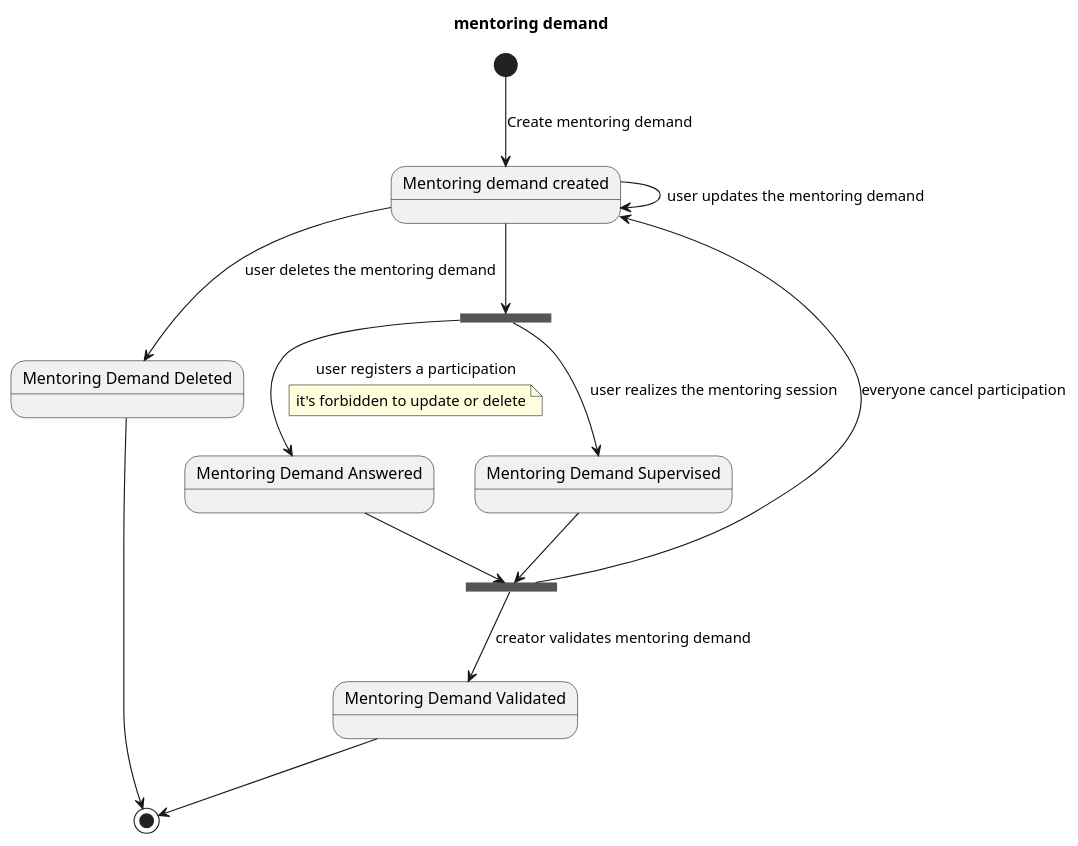
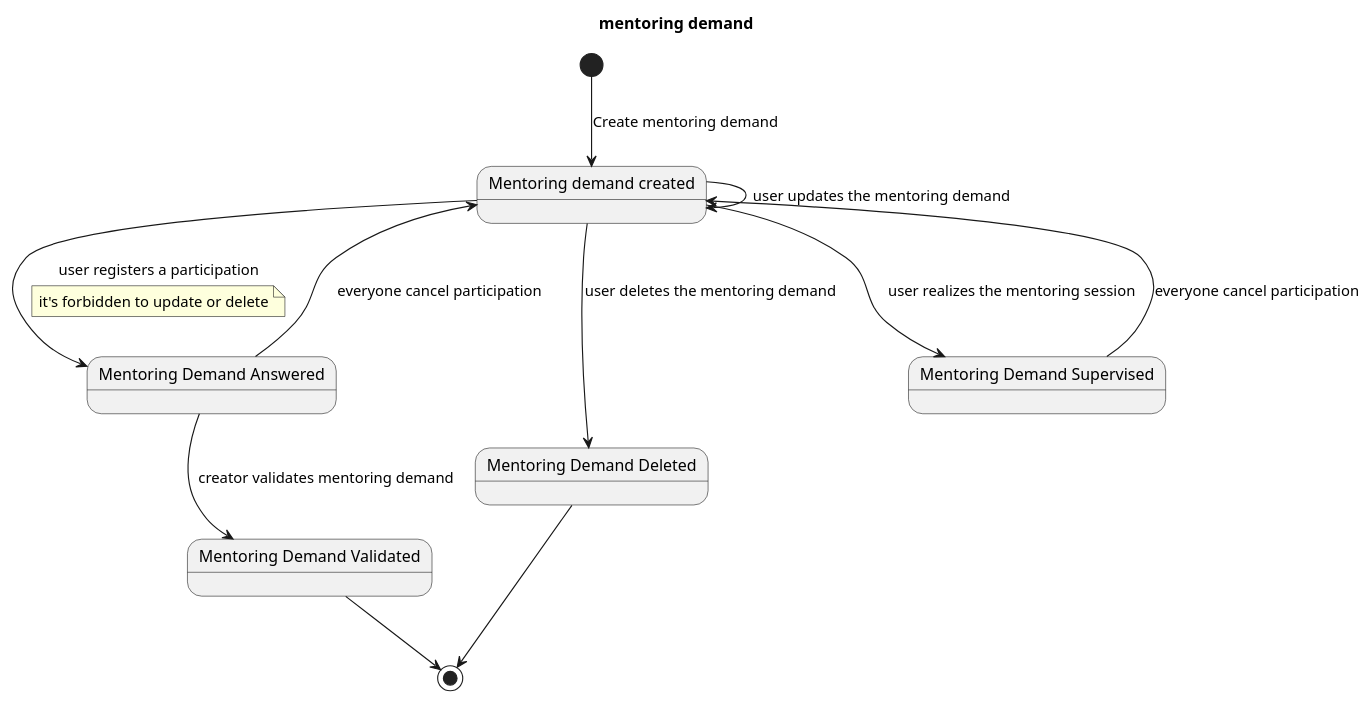
The diagram in ext/stateDiagrams/mentoringDemand.puml (Guillaume-Dufour/coopToolProject), drawn with PlantUML before and after one commit. The commit also changed 2 other files, not shown here.

Commit message:
Class diagram + state diagrams ok

```diff
--- a/ext/stateDiagrams/mentoringDemand.puml
+++ b/ext/stateDiagrams/mentoringDemand.puml
@@ -1,28 +1,23 @@
 @startuml
 
 title mentoring demand
 
 state "Mentoring demand created" as mdc
 state "Mentoring Demand Answered" as mda
 state "Mentoring Demand Deleted" as mdd
 state "Mentoring Demand Validated" as mdv
 state "Mentoring Demand Supervised" as mds
 
-state fork_state <<fork>>
-state join_state <<join>>
-
 [*] --> mdc : Create mentoring demand
-mdc --> fork_state
-fork_state --> mda : user registers a participation
+mdc --> mda : user registers a participation
 note on link : it's forbidden to update or delete
-fork_state --> mds : user realizes the mentoring session
-mda --> join_state
-mds --> join_state
+mdc --> mds : user realizes the mentoring session
 mdc --> mdd : user deletes the mentoring demand
 mdc --> mdc : user updates the mentoring demand
-join_state --> mdc : everyone cancel participation
-join_state --> mdv : creator validates mentoring demand
+mds --> mdc : everyone cancel participation
+mda --> mdc : everyone cancel participation
+mda --> mdv : creator validates mentoring demand
 mdv --> [*]
 mdd --> [*]
 
 @enduml
```
